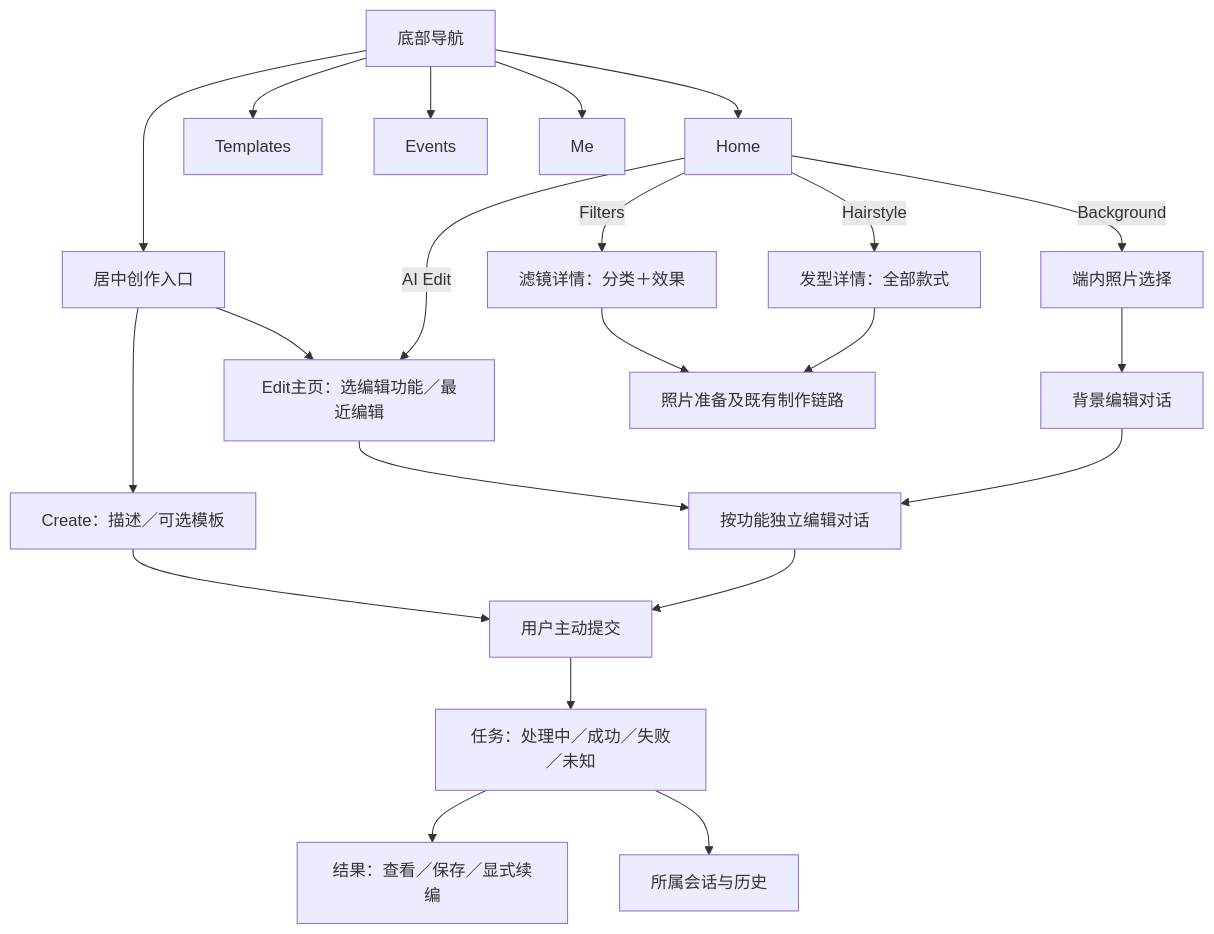
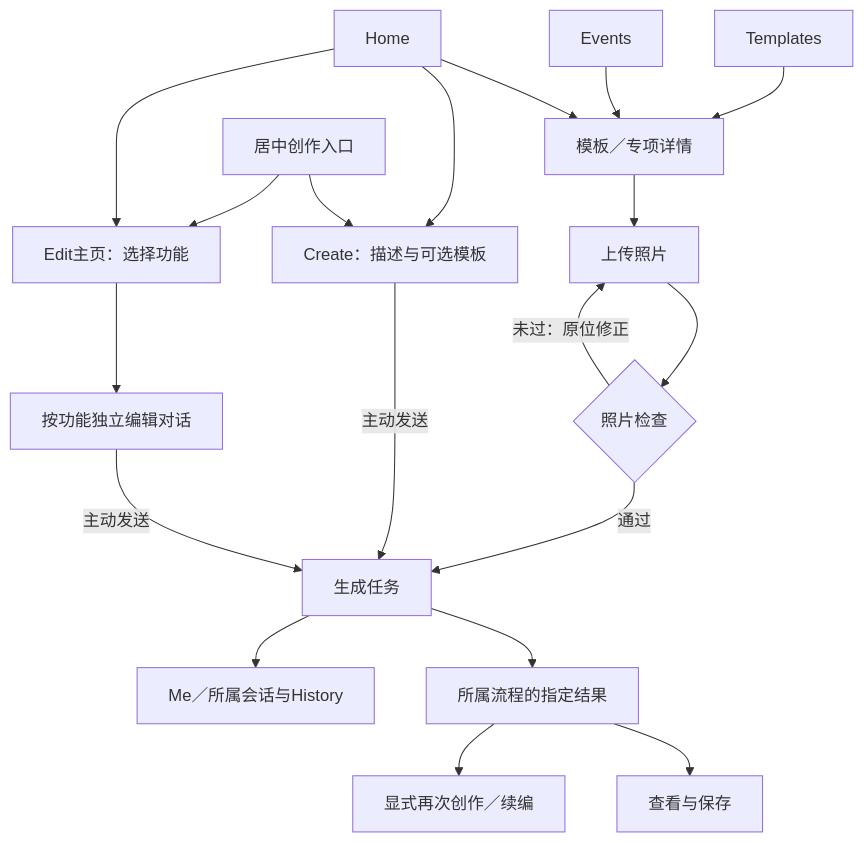
Before and after one commit to wsy0021/ai-camera-prototype: the first of 3 diagrams in new-product/review/docs/01_新产品需求文档_当前整合版.md, drawn with Mermaid. The commit also changed other lines of this file and 7 other files, not shown here.

````diff
--- a/new-product/review/docs/01_新产品需求文档_当前整合版.md
+++ b/new-product/review/docs/01_新产品需求文档_当前整合版.md
@@ -17,24 +25,21 @@
 ```mermaid
 flowchart TD
-  Nav[底部导航] --> Home[Home]
-  Nav --> Templates[Templates]
-  Nav --> Studio[居中创作入口]
-  Nav --> Events[Events]
-  Nav --> Me[Me]
-  Studio --> Create[Create：描述／可选模板]
-  Studio --> EditHome[Edit主页：选编辑功能／最近编辑]
-  Home -->|AI Edit| EditHome
-  Home -->|Background| Picker[端内照片选择]
-  Picker --> Background[背景编辑对话]
-  Home -->|Filters| FilterDetail[滤镜详情：分类＋效果]
-  Home -->|Hairstyle| HairDetail[发型详情：全部款式]
-  FilterDetail --> Prepare[照片准备及既有制作链路]
-  HairDetail --> Prepare
-  EditHome --> Chat[按功能独立编辑对话]
-  Background --> Chat
-  Create --> Submit[用户主动提交]
-  Chat --> Submit
-  Submit --> Task[任务：处理中／成功／失败／未知]
-  Task --> Result[结果：查看／保存／显式续编]
-  Task --> History[所属会话与历史]
+  Home[Home] --> Detail[模板／专项详情]
+  Templates[Templates] --> Detail
+  Events[Events] --> Detail
+  Detail --> Upload[上传照片]
+  Upload --> Check{照片检查}
+  Check -->|未过：原位修正| Upload
+  Check -->|通过| Task[生成任务]
+  Studio[居中创作入口] --> Create[Create：描述与可选模板]
+  Studio --> Edit[Edit主页：选择功能]
+  Home --> Create
+  Home --> Edit
+  Edit --> Chat[按功能独立编辑对话]
+  Create -->|主动发送| Task
+  Chat -->|主动发送| Task
+  Task --> Result[所属流程的指定结果]
+  Result --> Save[查看与保存]
+  Result --> Continue[显式再次创作／续编]
+  Task --> History[Me／所属会话与History]
 ```
````
